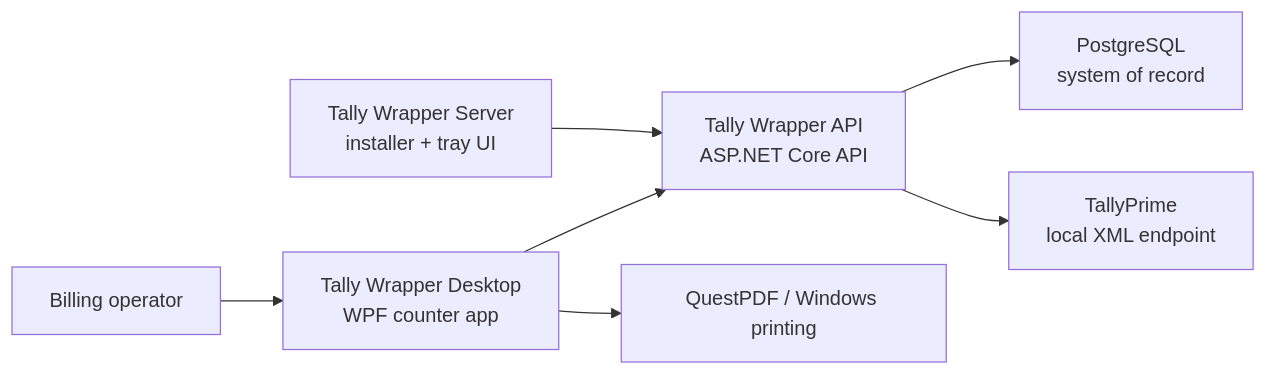
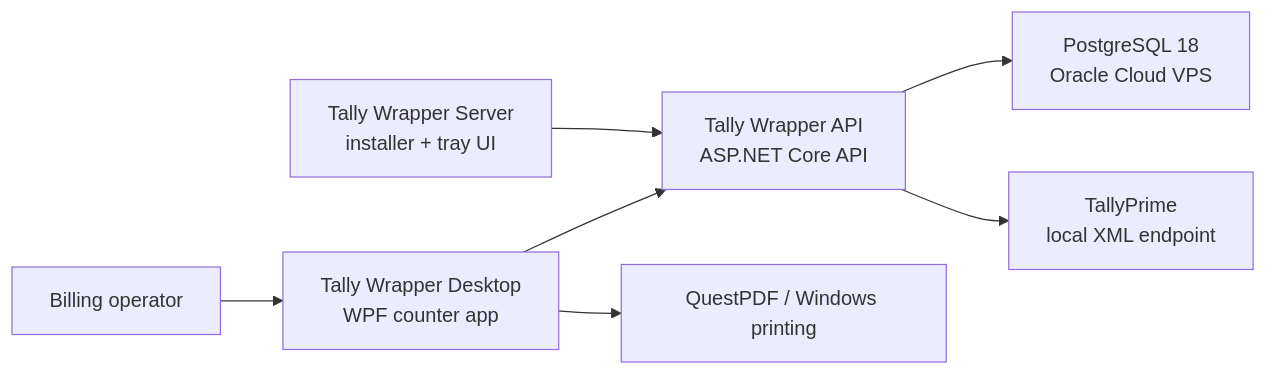
Before and after one commit to kta136/tally-wrapper: the diagram in README.md, drawn with Mermaid. The commit also changed other lines of this file and 43 other files, not shown here.

Commit message:
Upgrade PostgreSQL 18 support and document UI audit

````diff
--- a/README.md
+++ b/README.md
@@ -46,9 +46,9 @@
 ```mermaid
 flowchart LR
     Operator["Billing operator"] --> Desktop["Tally Wrapper Desktop<br/>WPF counter app"]
     Desktop --> Api["Tally Wrapper API<br/>ASP.NET Core API"]
     ServerTray["Tally Wrapper Server<br/>installer + tray UI"] --> Api
-    Api --> Postgres["PostgreSQL<br/>system of record"]
+    Api --> Postgres["PostgreSQL 18<br/>Oracle Cloud VPS"]
     Api --> Tally["TallyPrime<br/>local XML endpoint"]
     Desktop --> Printing["QuestPDF / Windows printing"]
 ```
````
